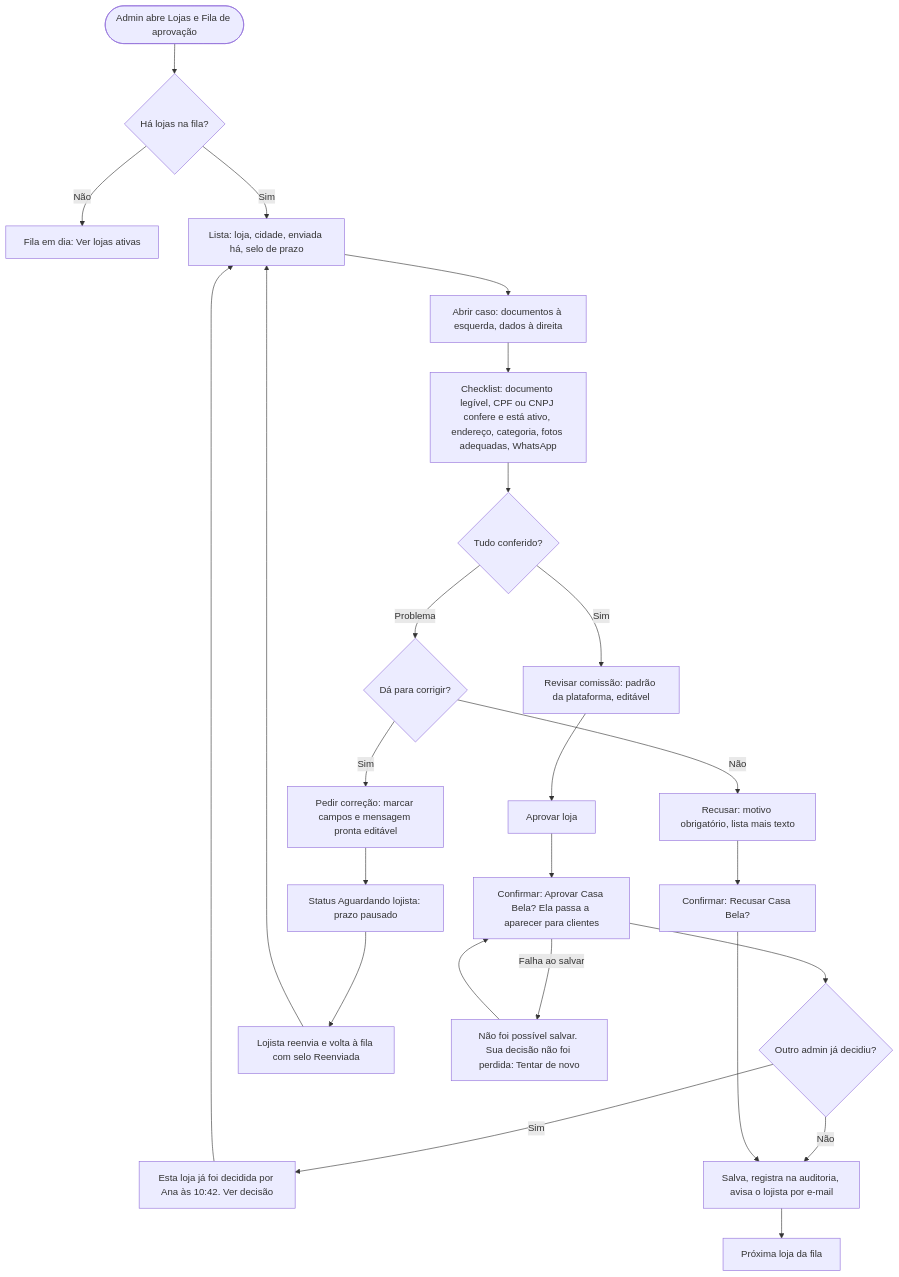
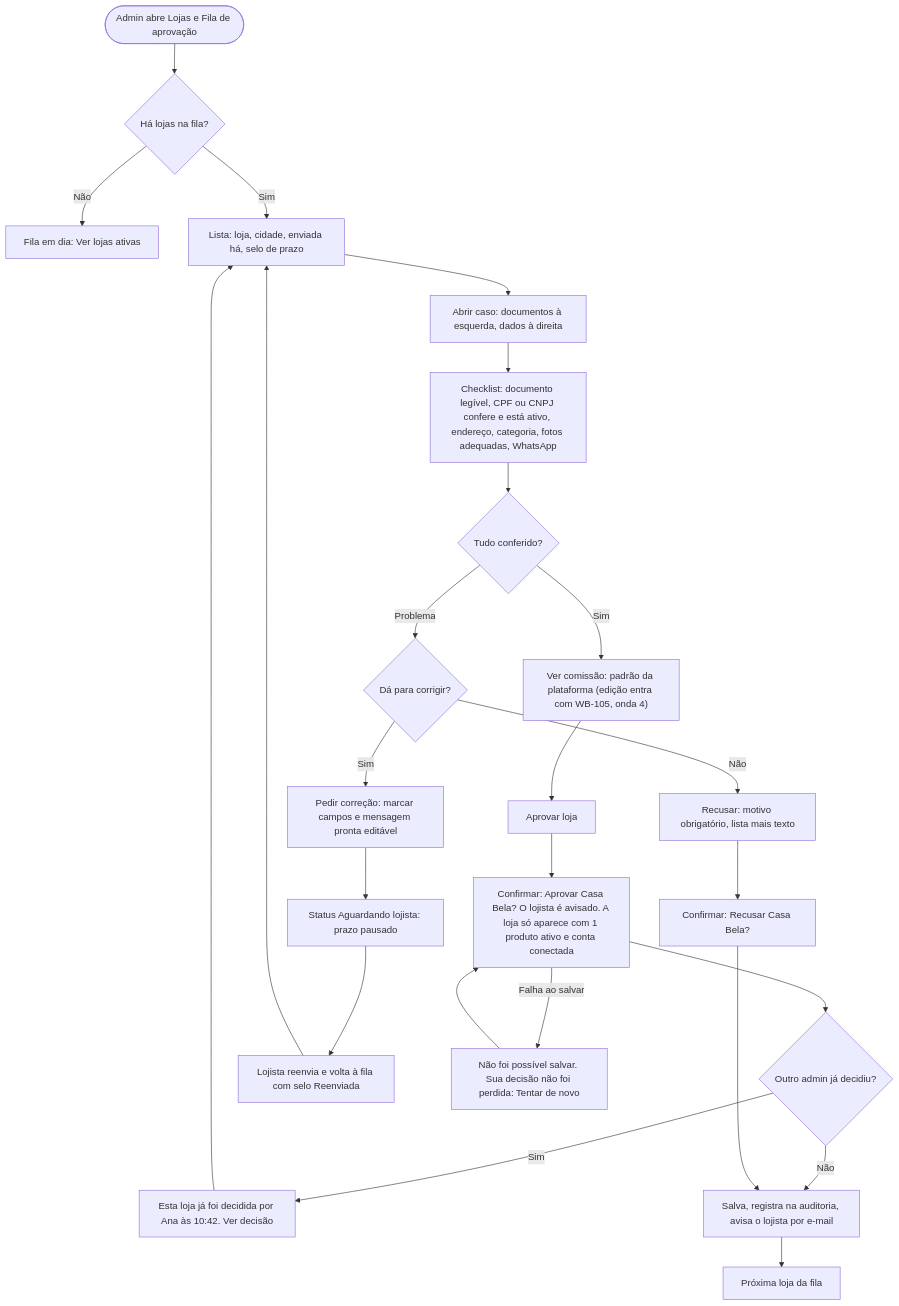
The third of 4 diagrams in docs/design/fluxos.md (yagogavilan/webag), drawn with Mermaid before and after one commit. The commit also changed other lines of this file and 3 other files, not shown here.

````diff
--- a/docs/design/fluxos.md
+++ b/docs/design/fluxos.md
@@ -166,27 +166,27 @@
 ```mermaid
 flowchart TD
   A(["Admin abre Lojas e Fila de aprovação"]) --> B{"Há lojas na fila?"}
   B -->|Não| B1["Fila em dia: Ver lojas ativas"]
   B -->|Sim| C["Lista: loja, cidade, enviada há, selo de prazo"]
   C --> D["Abrir caso: documentos à esquerda, dados à direita"]
   D --> E["Checklist: documento legível, CPF ou CNPJ confere e está ativo, endereço, categoria, fotos adequadas, WhatsApp"]
   E --> F{"Tudo conferido?"}
-  F -->|Sim| G["Revisar comissão: padrão da plataforma, editável"]
+  F -->|Sim| G["Ver comissão: padrão da plataforma (edição entra com WB-105, onda 4)"]
   G --> H["Aprovar loja"]
-  H --> H1["Confirmar: Aprovar Casa Bela? Ela passa a aparecer para clientes"]
+  H --> H1["Confirmar: Aprovar Casa Bela? O lojista é avisado. A loja só aparece com 1 produto ativo e conta conectada"]
   H1 --> I{"Outro admin já decidiu?"}
   I -->|Sim| I1["Esta loja já foi decidida por Ana às 10:42. Ver decisão"]
   I1 --> C
   I -->|Não| J["Salva, registra na auditoria, avisa o lojista por e-mail"]
   J --> K["Próxima loja da fila"]
   F -->|Problema| L{"Dá para corrigir?"}
   L -->|Sim| M["Pedir correção: marcar campos e mensagem pronta editável"]
   M --> N["Status Aguardando lojista: prazo pausado"]
   N --> O["Lojista reenvia e volta à fila com selo Reenviada"]
   O --> C
   L -->|Não| P["Recusar: motivo obrigatório, lista mais texto"]
   P --> P1["Confirmar: Recusar Casa Bela?"]
   P1 --> J
   H1 -->|Falha ao salvar| Q["Não foi possível salvar. Sua decisão não foi perdida: Tentar de novo"]
   Q --> H1
 ```
````
